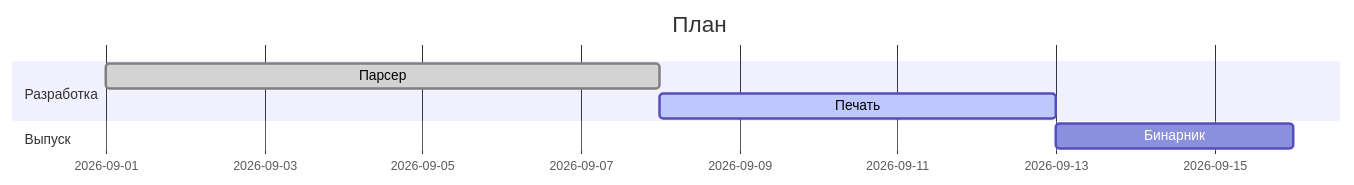
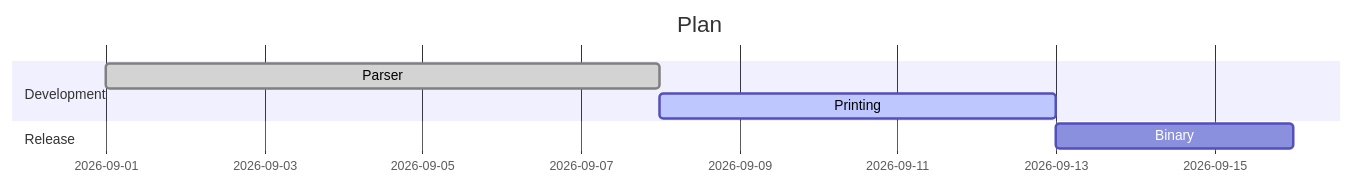
One commit to Kseen715/md2pdfX changed the seventh of 8 diagrams in examples/mermaid.md. Above: the diagram before and after it, drawn with Mermaid. The commit also changed other lines of this file and 25 other files, not shown here.

````diff
--- a/examples/mermaid.md
+++ b/examples/mermaid.md
@@ -75,10 +75,10 @@
 ```mermaid
 gantt
-    title План
+    title Plan
     dateFormat YYYY-MM-DD
-    section Разработка
-    Парсер      :done, a1, 2026-09-01, 7d
-    Печать      :active, a2, after a1, 5d
-    section Выпуск
-    Бинарник    :a3, after a2, 3d
+    section Development
+    Parser      :done, a1, 2026-09-01, 7d
+    Printing    :active, a2, after a1, 5d
+    section Release
+    Binary      :a3, after a2, 3d
 ```
````
